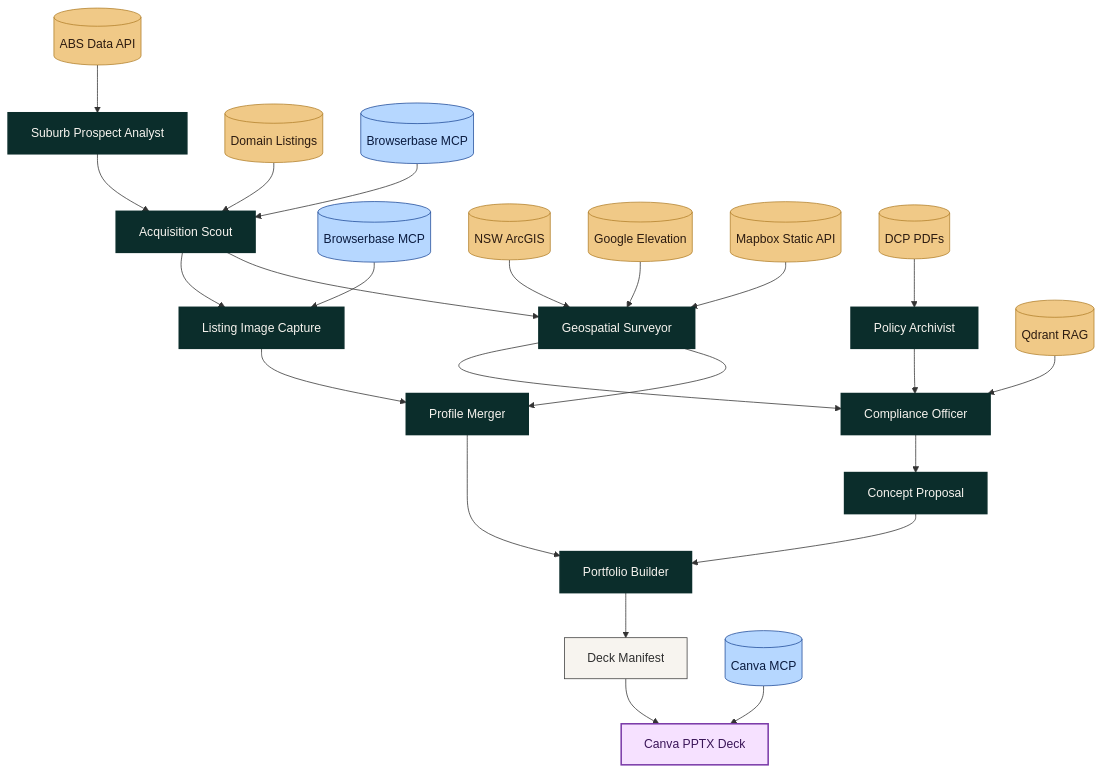
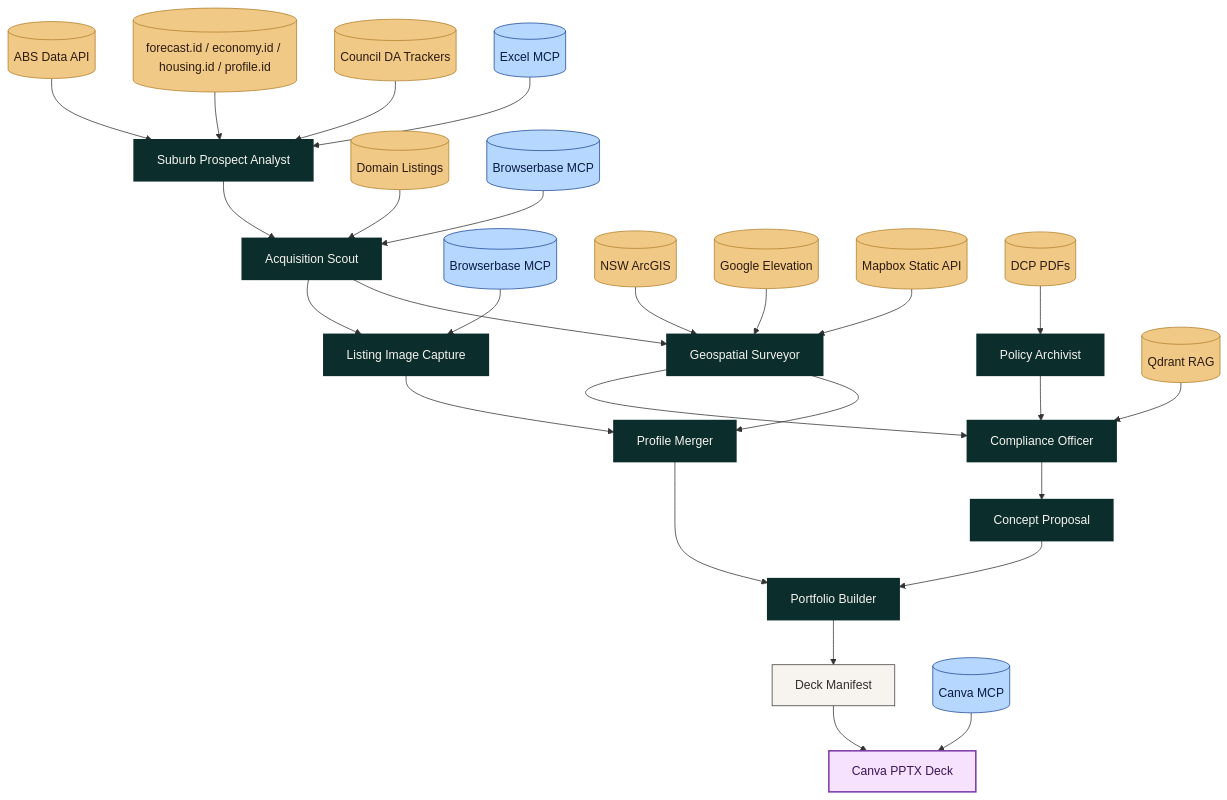
The second of 2 diagrams in README.md (anubhavjetley2424/Sydney-Property-Feasibility-Engine-MAS-), drawn with Mermaid before and after one commit. The commit also changed other lines of this file and 2 other files, not shown here.

````diff
--- a/README.md
+++ b/README.md
@@ -45,35 +45,38 @@
 ```mermaid
 graph TD
   %% Nodes
   A1[Suburb Prospect Analyst]:::agent --> A2[Acquisition Scout]:::agent
   A2 --> A3[Listing Image Capture]:::agent
   A2 --> A4[Geospatial Surveyor]:::agent
   A5[Policy Archivist]:::agent --> A6[Compliance Officer]:::agent
   A4 --> A6
   A6 --> A7[Concept Proposal]:::agent
   A3 --> A8[Profile Merger]:::agent
   A4 --> A8
   A7 --> A9[Portfolio Builder]:::agent
   A8 --> A9
   A9 --> A10[Deck Manifest]:::artifact
   A10 --> A11[Canva PPTX Deck]:::deliverable
 
   %% Data sources and MCP tools (smaller nodes)
   DS1[(ABS Data API)]:::data --> A1
+  DS11[(forecast.id / economy.id / housing.id / profile.id)]:::data --> A1
+  DS12[(Council DA Trackers)]:::data --> A1
+  DS13[(Excel MCP)]:::mcp --> A1
   DS2[(Domain Listings)]:::data --> A2
   DS3[(Browserbase MCP)]:::mcp --> A2
   DS4[(Browserbase MCP)]:::mcp --> A3
   DS5[(NSW ArcGIS)]:::data --> A4
   DS6[(Google Elevation)]:::data --> A4
   DS7[(Mapbox Static API)]:::data --> A4
   DS8[(DCP PDFs)]:::data --> A5
   DS9[(Qdrant RAG)]:::data --> A6
   DS10[(Canva MCP)]:::mcp --> A11
 
   %% Styles
   classDef agent fill:#0b2d2b,stroke:#0b2d2b,color:#f7f4ef,stroke-width:2px;
   classDef data fill:#f0c987,stroke:#b17f2a,color:#2c1b10,stroke-width:1px;
   classDef mcp fill:#b6d7ff,stroke:#1f4b99,color:#0a1b3f,stroke-width:1px;
   classDef artifact fill:#f7f4ef,stroke:#3d3d3d,color:#2f2f2f,stroke-width:1px;
   classDef deliverable fill:#f6e1ff,stroke:#7a3aa8,color:#3a1558,stroke-width:2px;
 ```
````
